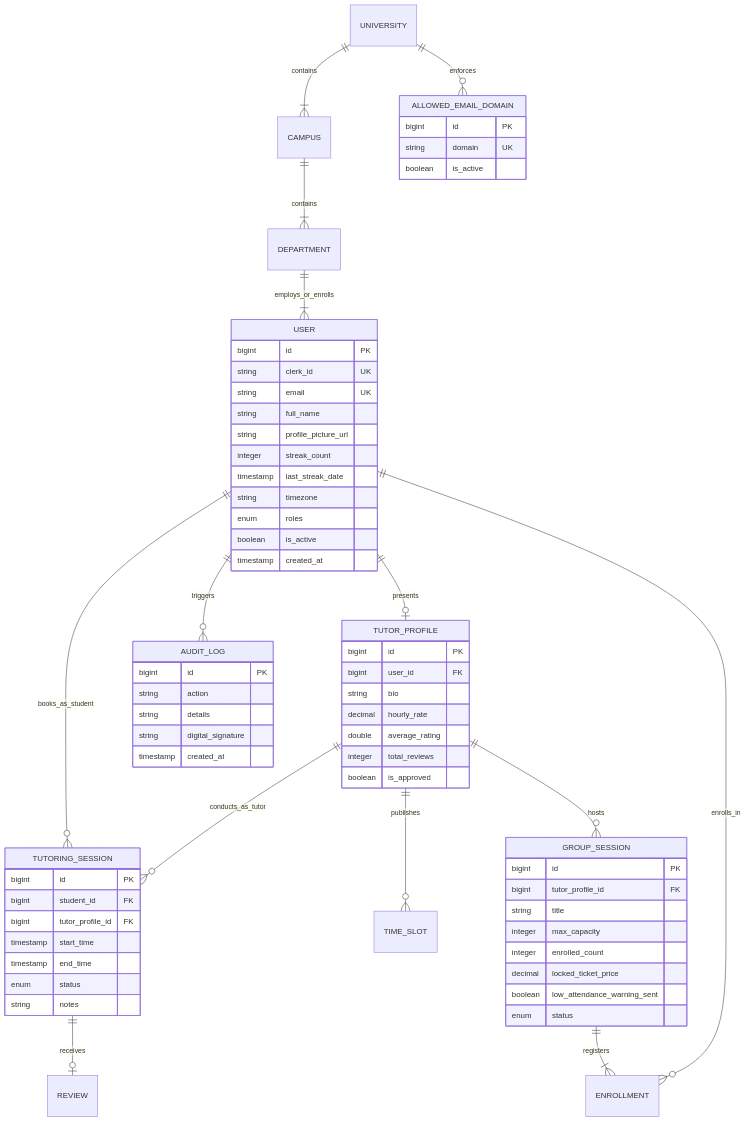
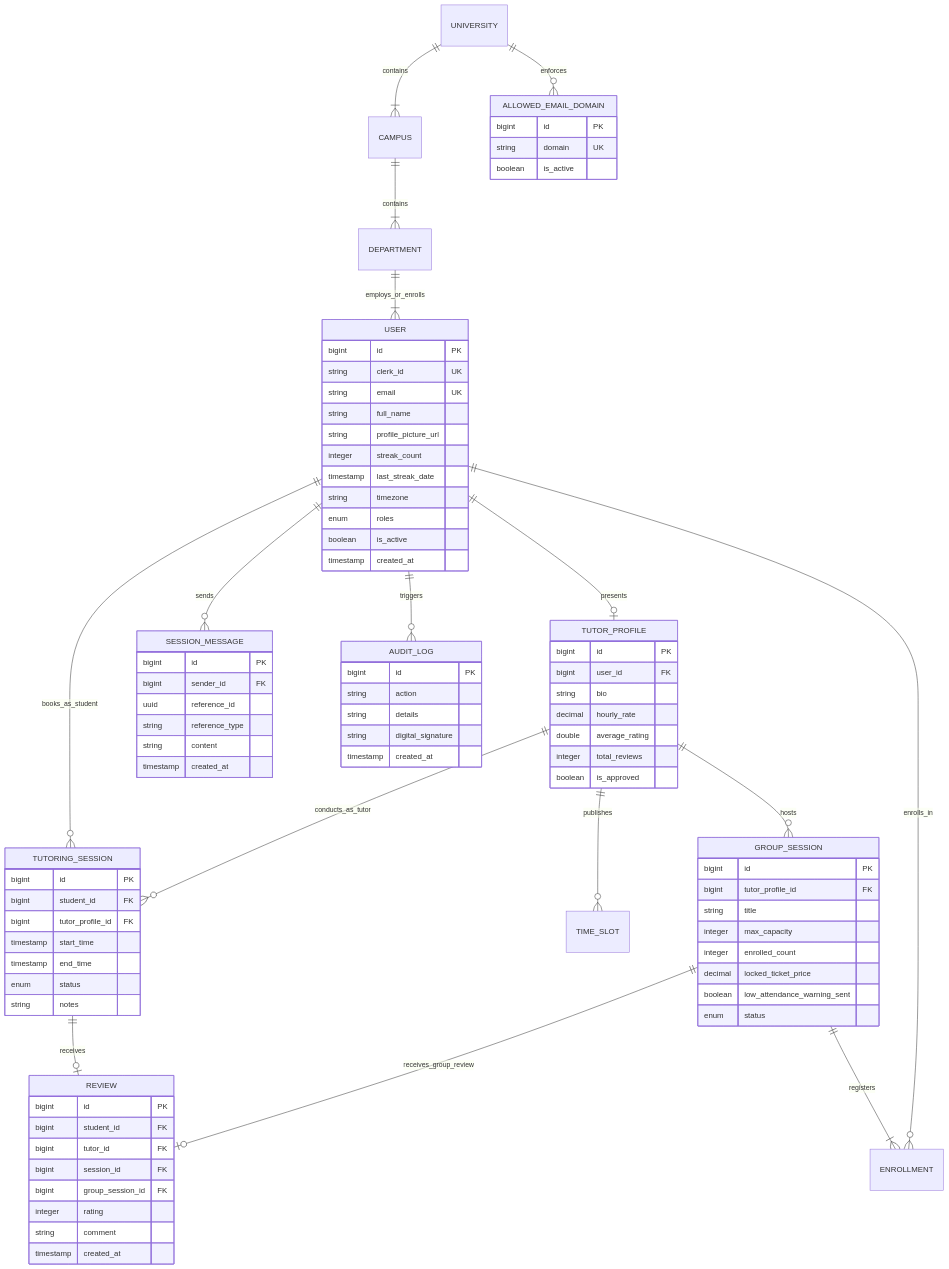
One commit to daikendy/Eruscent-Architecture changed the third of 3 diagrams in README.md. Above: the diagram before and after it, drawn with Mermaid. The commit also changed other lines of this file, not shown here.

```diff
--- a/README.md
+++ b/README.md
@@ -500,6 +586,8 @@
     GROUP_SESSION ||--|{ ENROLLMENT : registers
     USER ||--o{ ENROLLMENT : enrolls_in
     TUTORING_SESSION ||--o| REVIEW : receives
+    GROUP_SESSION ||--o| REVIEW : receives_group_review
+    USER ||--o{ SESSION_MESSAGE : sends
     USER ||--o{ AUDIT_LOG : triggers
     UNIVERSITY ||--o{ ALLOWED_EMAIL_DOMAIN : enforces
 
@@ -548,6 +636,26 @@
         enum status
     }
 
+    SESSION_MESSAGE {
+        bigint id PK
+        bigint sender_id FK
+        uuid reference_id
+        string reference_type
+        string content
+        timestamp created_at
+    }
+
+    REVIEW {
+        bigint id PK
+        bigint student_id FK
+        bigint tutor_id FK
+        bigint session_id FK
+        bigint group_session_id FK
+        integer rating
+        string comment
+        timestamp created_at
+    }
+
     AUDIT_LOG {
         bigint id PK
         string action
```
